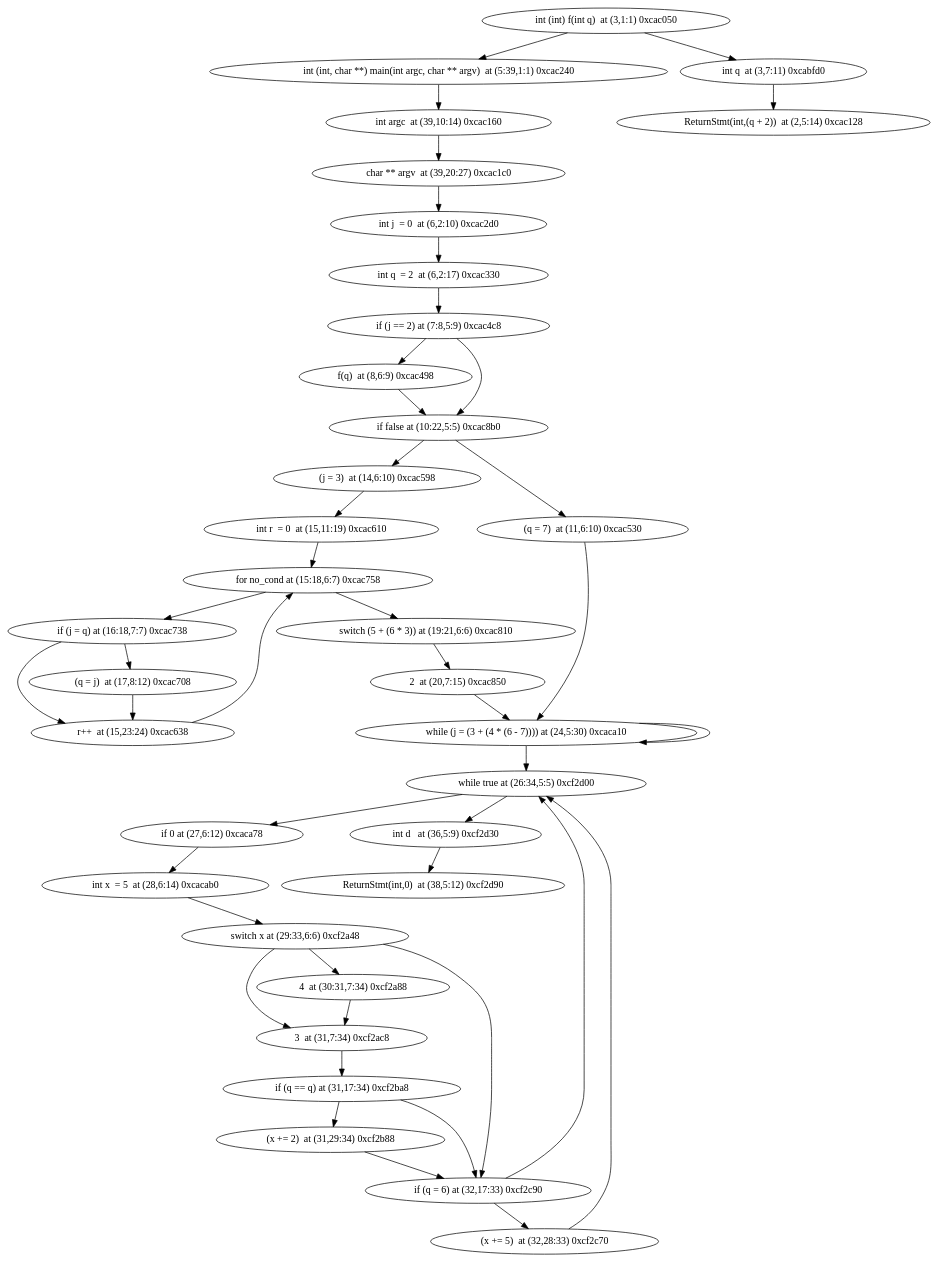
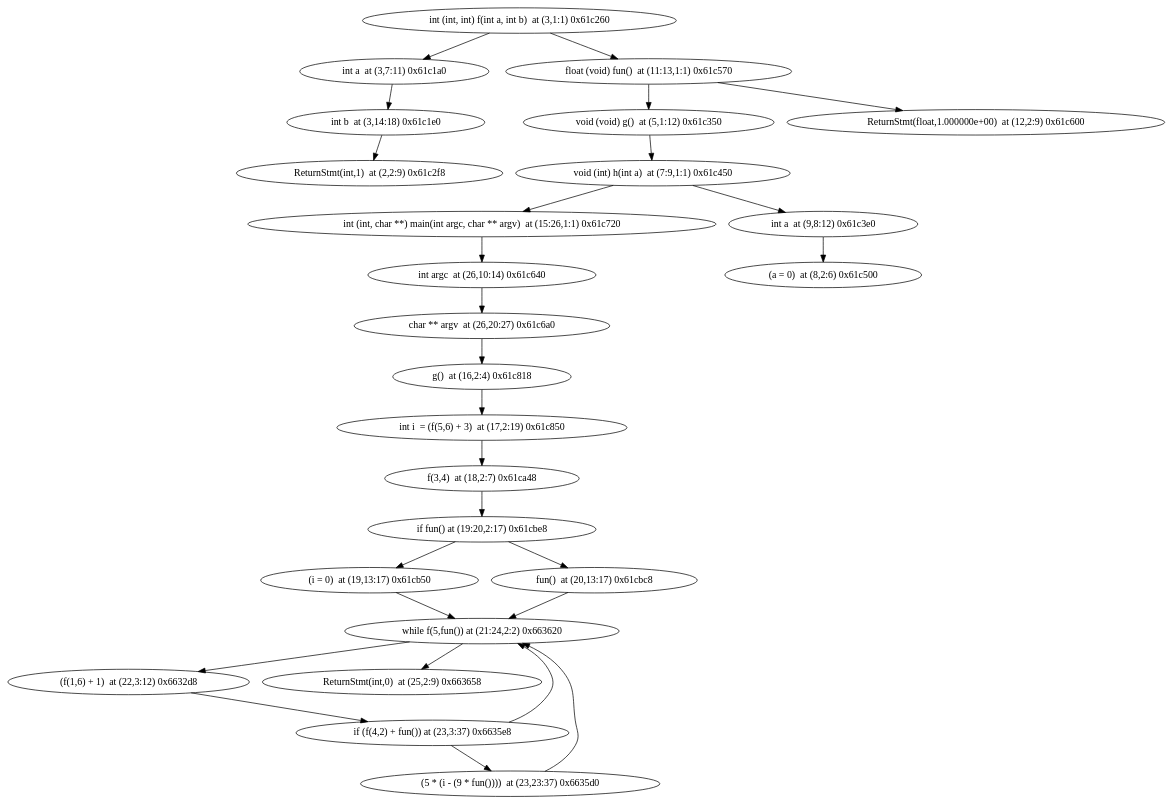
One commit to jxw1102/Projet-merou changed the diagram in ModelChecker/unitary_tests/Model_checker/test.dot. Above: the diagram before and after it, drawn with Graphviz. The commit also changed 9 other files, not shown here.

```diff
--- a/ModelChecker/unitary_tests/Model_checker/test.dot
+++ b/ModelChecker/unitary_tests/Model_checker/test.dot
@@ -1,46 +1,33 @@
 digraph {
-"int (int) f(int q)  at (3,1:1) 0xcac050" -> "int (int, char **) main(int argc, char ** argv)  at (5:39,1:1) 0xcac240"
-"int (int, char **) main(int argc, char ** argv)  at (5:39,1:1) 0xcac240" -> "int argc  at (39,10:14) 0xcac160"
-"int argc  at (39,10:14) 0xcac160" -> "char ** argv  at (39,20:27) 0xcac1c0"
-"char ** argv  at (39,20:27) 0xcac1c0" -> "int j  = 0  at (6,2:10) 0xcac2d0"
-"int j  = 0  at (6,2:10) 0xcac2d0" -> "int q  = 2  at (6,2:17) 0xcac330"
-"int q  = 2  at (6,2:17) 0xcac330" -> "if (j == 2) at (7:8,5:9) 0xcac4c8"
-"if (j == 2) at (7:8,5:9) 0xcac4c8" -> "f(q)  at (8,6:9) 0xcac498"
-"if (j == 2) at (7:8,5:9) 0xcac4c8" -> "if false at (10:22,5:5) 0xcac8b0"
-"f(q)  at (8,6:9) 0xcac498" -> "if false at (10:22,5:5) 0xcac8b0"
-"if false at (10:22,5:5) 0xcac8b0" -> "(j = 3)  at (14,6:10) 0xcac598"
-"if false at (10:22,5:5) 0xcac8b0" -> "(q = 7)  at (11,6:10) 0xcac530"
-"(j = 3)  at (14,6:10) 0xcac598" -> "int r  = 0  at (15,11:19) 0xcac610"
-"int r  = 0  at (15,11:19) 0xcac610" -> "for no_cond at (15:18,6:7) 0xcac758"
-"for no_cond at (15:18,6:7) 0xcac758" -> "if (j = q) at (16:18,7:7) 0xcac738"
-"for no_cond at (15:18,6:7) 0xcac758" -> "switch (5 + (6 * 3)) at (19:21,6:6) 0xcac810"
-"if (j = q) at (16:18,7:7) 0xcac738" -> "(q = j)  at (17,8:12) 0xcac708"
-"if (j = q) at (16:18,7:7) 0xcac738" -> "r++  at (15,23:24) 0xcac638"
-"(q = j)  at (17,8:12) 0xcac708" -> "r++  at (15,23:24) 0xcac638"
-"r++  at (15,23:24) 0xcac638" -> "for no_cond at (15:18,6:7) 0xcac758"
-"switch (5 + (6 * 3)) at (19:21,6:6) 0xcac810" -> "2  at (20,7:15) 0xcac850"
-"2  at (20,7:15) 0xcac850" -> "while (j = (3 + (4 * (6 - 7)))) at (24,5:30) 0xcaca10"
-"while (j = (3 + (4 * (6 - 7)))) at (24,5:30) 0xcaca10" -> "while true at (26:34,5:5) 0xcf2d00"
-"while (j = (3 + (4 * (6 - 7)))) at (24,5:30) 0xcaca10" -> "while (j = (3 + (4 * (6 - 7)))) at (24,5:30) 0xcaca10"
-"while true at (26:34,5:5) 0xcf2d00" -> "if 0 at (27,6:12) 0xcaca78"
-"while true at (26:34,5:5) 0xcf2d00" -> "int d   at (36,5:9) 0xcf2d30"
-"if 0 at (27,6:12) 0xcaca78" -> "int x  = 5  at (28,6:14) 0xcacab0"
-"int x  = 5  at (28,6:14) 0xcacab0" -> "switch x at (29:33,6:6) 0xcf2a48"
-"switch x at (29:33,6:6) 0xcf2a48" -> "3  at (31,7:34) 0xcf2ac8"
-"switch x at (29:33,6:6) 0xcf2a48" -> "4  at (30:31,7:34) 0xcf2a88"
-"switch x at (29:33,6:6) 0xcf2a48" -> "if (q = 6) at (32,17:33) 0xcf2c90"
-"3  at (31,7:34) 0xcf2ac8" -> "if (q == q) at (31,17:34) 0xcf2ba8"
-"if (q == q) at (31,17:34) 0xcf2ba8" -> "(x += 2)  at (31,29:34) 0xcf2b88"
-"if (q == q) at (31,17:34) 0xcf2ba8" -> "if (q = 6) at (32,17:33) 0xcf2c90"
-"(x += 2)  at (31,29:34) 0xcf2b88" -> "if (q = 6) at (32,17:33) 0xcf2c90"
-"if (q = 6) at (32,17:33) 0xcf2c90" -> "while true at (26:34,5:5) 0xcf2d00"
-"if (q = 6) at (32,17:33) 0xcf2c90" -> "(x += 5)  at (32,28:33) 0xcf2c70"
-"(x += 5)  at (32,28:33) 0xcf2c70" -> "while true at (26:34,5:5) 0xcf2d00"
-"4  at (30:31,7:34) 0xcf2a88" -> "3  at (31,7:34) 0xcf2ac8"
-"int d   at (36,5:9) 0xcf2d30" -> "ReturnStmt(int,0)  at (38,5:12) 0xcf2d90"
-"ReturnStmt(int,0)  at (38,5:12) 0xcf2d90"
-"(q = 7)  at (11,6:10) 0xcac530" -> "while (j = (3 + (4 * (6 - 7)))) at (24,5:30) 0xcaca10"
-"int (int) f(int q)  at (3,1:1) 0xcac050" -> "int q  at (3,7:11) 0xcabfd0"
-"int q  at (3,7:11) 0xcabfd0" -> "ReturnStmt(int,(q + 2))  at (2,5:14) 0xcac128"
-"ReturnStmt(int,(q + 2))  at (2,5:14) 0xcac128"
+"int (int, int) f(int a, int b)  at (3,1:1) 0x61c260" -> "int a  at (3,7:11) 0x61c1a0"
+"int a  at (3,7:11) 0x61c1a0" -> "int b  at (3,14:18) 0x61c1e0"
+"int b  at (3,14:18) 0x61c1e0" -> "ReturnStmt(int,1)  at (2,2:9) 0x61c2f8"
+"ReturnStmt(int,1)  at (2,2:9) 0x61c2f8"
+"int (int, int) f(int a, int b)  at (3,1:1) 0x61c260" -> "float (void) fun()  at (11:13,1:1) 0x61c570"
+"float (void) fun()  at (11:13,1:1) 0x61c570" -> "void (void) g()  at (5,1:12) 0x61c350"
+"void (void) g()  at (5,1:12) 0x61c350" -> "void (int) h(int a)  at (7:9,1:1) 0x61c450"
+"void (int) h(int a)  at (7:9,1:1) 0x61c450" -> "int (int, char **) main(int argc, char ** argv)  at (15:26,1:1) 0x61c720"
+"int (int, char **) main(int argc, char ** argv)  at (15:26,1:1) 0x61c720" -> "int argc  at (26,10:14) 0x61c640"
+"int argc  at (26,10:14) 0x61c640" -> "char ** argv  at (26,20:27) 0x61c6a0"
+"char ** argv  at (26,20:27) 0x61c6a0" -> "g()  at (16,2:4) 0x61c818"
+"g()  at (16,2:4) 0x61c818" -> "int i  = (f(5,6) + 3)  at (17,2:19) 0x61c850"
+"int i  = (f(5,6) + 3)  at (17,2:19) 0x61c850" -> "f(3,4)  at (18,2:7) 0x61ca48"
+"f(3,4)  at (18,2:7) 0x61ca48" -> "if fun() at (19:20,2:17) 0x61cbe8"
+"if fun() at (19:20,2:17) 0x61cbe8" -> "(i = 0)  at (19,13:17) 0x61cb50"
+"if fun() at (19:20,2:17) 0x61cbe8" -> "fun()  at (20,13:17) 0x61cbc8"
+"(i = 0)  at (19,13:17) 0x61cb50" -> "while f(5,fun()) at (21:24,2:2) 0x663620"
+"while f(5,fun()) at (21:24,2:2) 0x663620" -> "(f(1,6) + 1)  at (22,3:12) 0x6632d8"
+"while f(5,fun()) at (21:24,2:2) 0x663620" -> "ReturnStmt(int,0)  at (25,2:9) 0x663658"
+"(f(1,6) + 1)  at (22,3:12) 0x6632d8" -> "if (f(4,2) + fun()) at (23,3:37) 0x6635e8"
+"if (f(4,2) + fun()) at (23,3:37) 0x6635e8" -> "(5 * (i - (9 * fun())))  at (23,23:37) 0x6635d0"
+"if (f(4,2) + fun()) at (23,3:37) 0x6635e8" -> "while f(5,fun()) at (21:24,2:2) 0x663620"
+"(5 * (i - (9 * fun())))  at (23,23:37) 0x6635d0" -> "while f(5,fun()) at (21:24,2:2) 0x663620"
+"ReturnStmt(int,0)  at (25,2:9) 0x663658"
+"fun()  at (20,13:17) 0x61cbc8" -> "while f(5,fun()) at (21:24,2:2) 0x663620"
+"void (void) g()  at (5,1:12) 0x61c350"
+"float (void) fun()  at (11:13,1:1) 0x61c570" -> "ReturnStmt(float,1.000000e+00)  at (12,2:9) 0x61c600"
+"ReturnStmt(float,1.000000e+00)  at (12,2:9) 0x61c600"
+"void (int) h(int a)  at (7:9,1:1) 0x61c450" -> "int a  at (9,8:12) 0x61c3e0"
+"int a  at (9,8:12) 0x61c3e0" -> "(a = 0)  at (8,2:6) 0x61c500"
+"(a = 0)  at (8,2:6) 0x61c500"
 }
```
